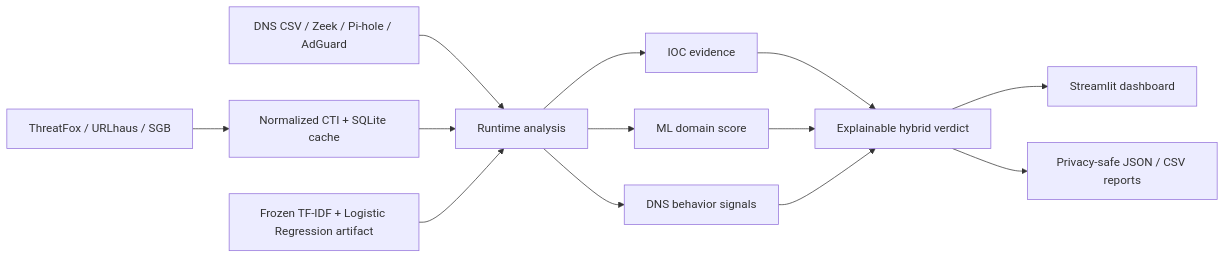
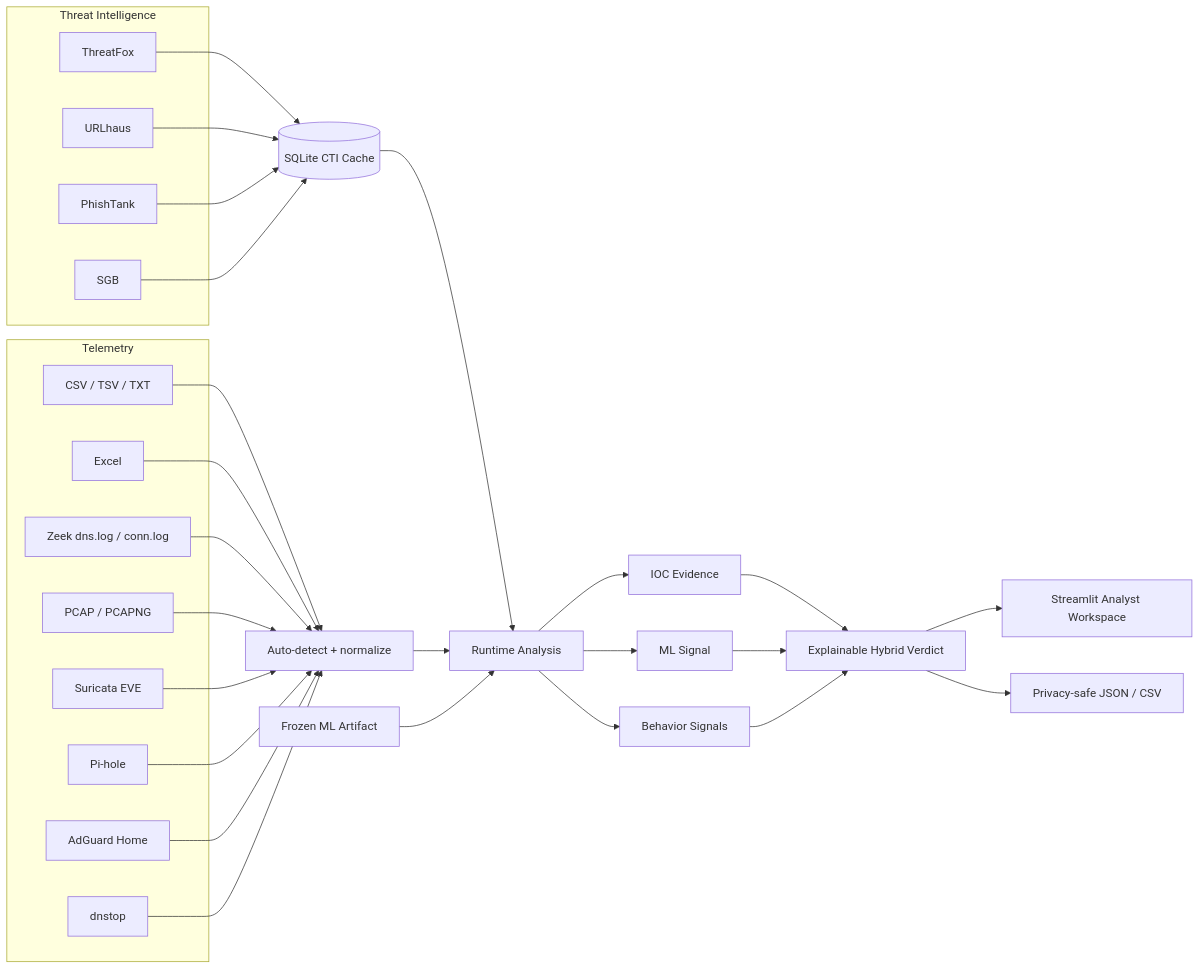
One commit to ConquestorYa/threatfusion-ai changed the diagram in README.md. Above: the diagram before and after it, drawn with Mermaid. The commit also changed other lines of this file, not shown here.

````diff
--- a/README.md
+++ b/README.md
@@ -52,15 +115,49 @@
-```mermaid
+~~~mermaid
 flowchart LR
-    A[ThreatFox / URLhaus / SGB] --> B[Normalized CTI + SQLite cache]
-    C[DNS CSV / Zeek / Pi-hole / AdGuard] --> D[Runtime analysis]
-    B --> D
-    E[Frozen TF-IDF + Logistic Regression artifact] --> D
-    D --> F[IOC evidence]
-    D --> G[ML domain score]
-    D --> H[DNS behavior signals]
-    F --> I[Explainable hybrid verdict]
-    G --> I
-    H --> I
-    I --> J[Streamlit dashboard]
-    I --> K[Privacy-safe JSON / CSV reports]
-```
+    subgraph CTI["Threat Intelligence"]
+        TF[ThreatFox]
+        UH[URLhaus]
+        PT[PhishTank]
+        SGB[SGB]
+    end
+
+    subgraph INPUT["Telemetry"]
+        CSV[CSV / TSV / TXT]
+        XLS[Excel]
+        ZEEK[Zeek dns.log / conn.log]
+        PCAP[PCAP / PCAPNG]
+        SURI[Suricata EVE]
+        PI[Pi-hole]
+        AG[AdGuard Home]
+        DST[dnstop]
+    end
+
+    TF --> CACHE[(SQLite CTI Cache)]
+    UH --> CACHE
+    PT --> CACHE
+    SGB --> CACHE
+
+    CSV --> INGEST[Auto-detect + normalize]
+    XLS --> INGEST
+    ZEEK --> INGEST
+    PCAP --> INGEST
+    SURI --> INGEST
+    PI --> INGEST
+    AG --> INGEST
+    DST --> INGEST
+
+    CACHE --> ANALYZE[Runtime Analysis]
+    INGEST --> ANALYZE
+    MODEL[Frozen ML Artifact] --> ANALYZE
+
+    ANALYZE --> IOC[IOC Evidence]
+    ANALYZE --> ML[ML Signal]
+    ANALYZE --> DNS[Behavior Signals]
+
+    IOC --> VERDICT[Explainable Hybrid Verdict]
+    ML --> VERDICT
+    DNS --> VERDICT
+
+    VERDICT --> UI[Streamlit Analyst Workspace]
+    VERDICT --> REPORT[Privacy-safe JSON / CSV]
+~~~
````
